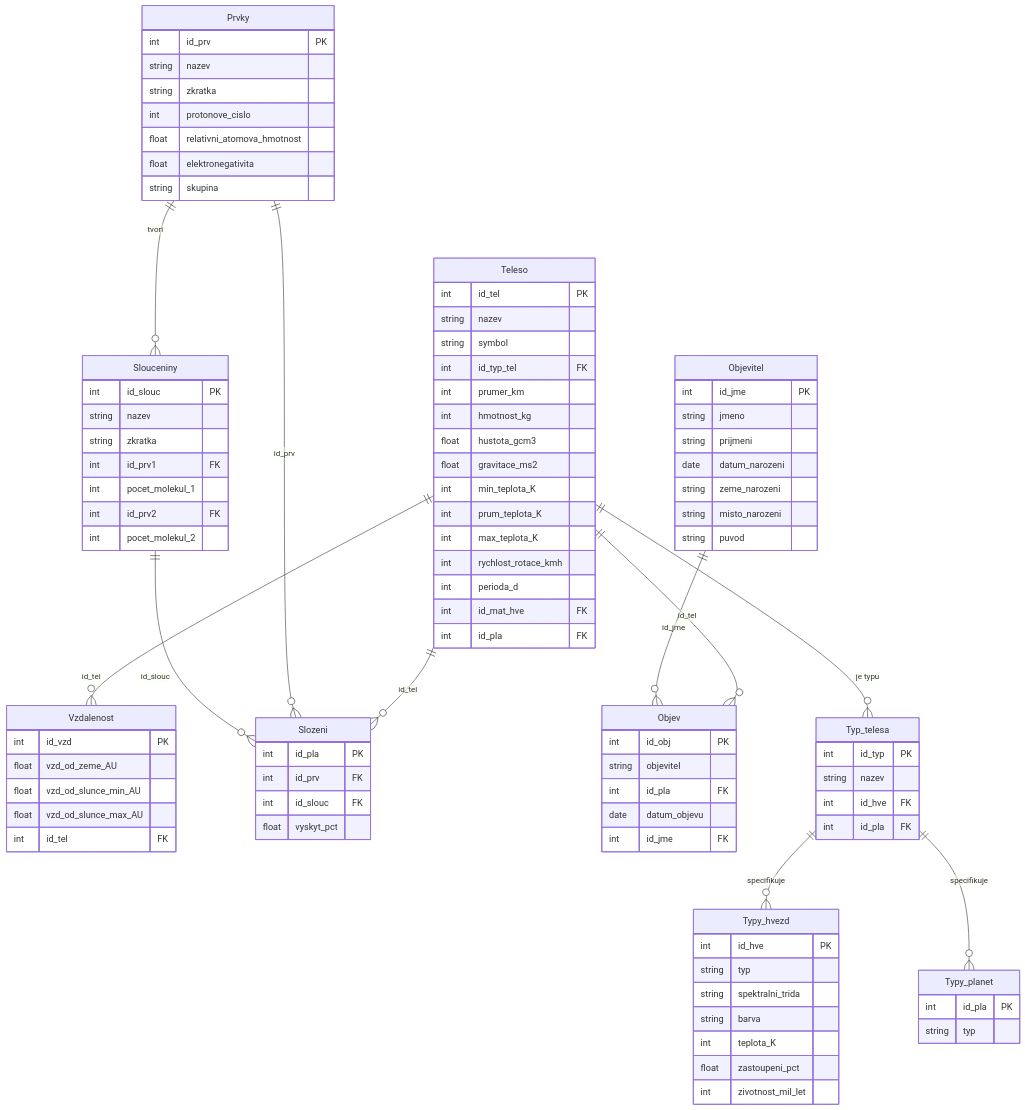
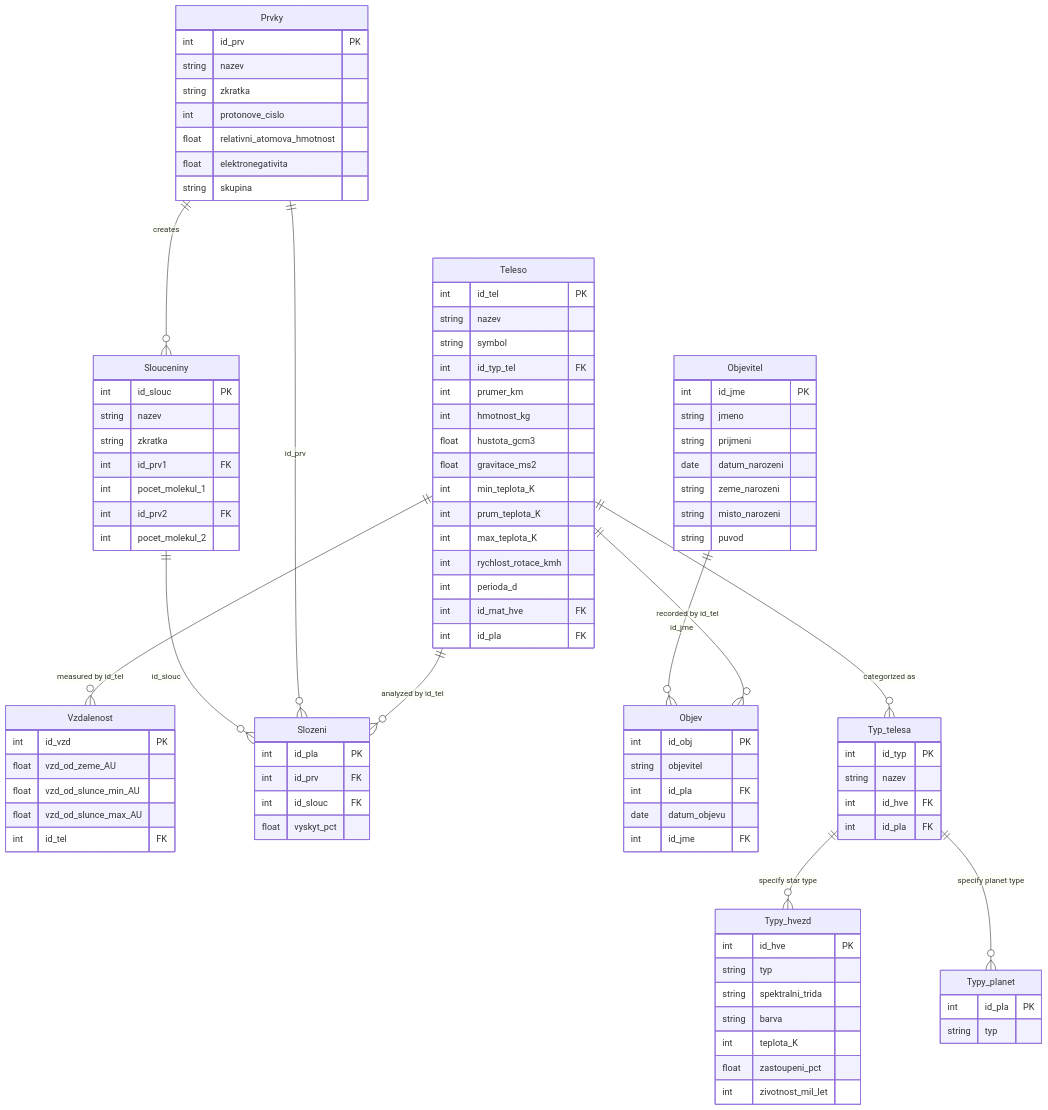
One commit to imang212/Planets_Database changed the diagram in README.md. Above: the diagram before and after it, drawn with Mermaid.

Commit message:
Enhance README with detailed entity relationships

````diff
--- a/README.md
+++ b/README.md
@@ -11,15 +11,26 @@
 ```mermaid
 erDiagram
-    Teleso ||--o{ Vzdalenost : "id_tel"
-    Teleso ||--o{ Slozeni : "id_tel"
-    Teleso ||--o{ Objev : "id_tel"
-    Teleso ||--o{ Typ_telesa : "je typu"
+    %% Core Entities and Relationships
+    %% Telelo (Body) is the central table connected to distances, composition, and discoveries
+    Teleso ||--o{ Vzdalenost : "measured by id_tel"
+    Teleso ||--o{ Slozeni : "analyzed by id_tel"
+    Teleso ||--o{ Objev : "recorded by id_tel"
+    Teleso ||--o{ Typ_telesa : "categorized as"
+    
+    %% Chemical and Physical Composition
+    %% Elements (Prvky) and Compounds (Slouceniny) make up the Composition (Slozeni)
     Prvky ||--o{ Slozeni : "id_prv"
     Slouceniny ||--o{ Slozeni : "id_slouc"
-    Prvky ||--o{ Slouceniny : "tvori"
+    Prvky ||--o{ Slouceniny : "creates"
+
+    %% History and Discovery
+    %% Objevitel (Discoverer) performs the discovery (Objev)
     Objevitel ||--o{ Objev : "id_jme"
-    Typ_telesa ||--o{ Typy_hvezd : "specifikuje"
-    Typ_telesa ||--o{ Typy_planet : "specifikuje"
+
+    %% Body Type Specialization
+    %% Type (Typ_telesa) specifies if it's a Star (Typy_hvezd) or Planet (Typy_planet)
+    Typ_telesa ||--o{ Typy_hvezd : "specify star type"
+    Typ_telesa ||--o{ Typy_planet : "specify planet type"
     Teleso {
         int id_tel PK
         string nazev
@@ -37,6 +48,7 @@
         int id_mat_hve FK
         int id_pla FK
     }
+    %% Distance properties (AU units)
     Vzdalenost {
         int id_vzd PK
         float vzd_od_zeme_AU
@@ -44,12 +56,14 @@
         float vzd_od_slunce_max_AU
         int id_tel FK
     }
+    %% Chemical makeup percentages
     Slozeni {
         int id_pla PK
         int id_prv FK
         int id_slouc FK
         float vyskyt_pct
     }
+    %% Periodic table elements
     Prvky {
         int id_prv PK
         string nazev
@@ -59,6 +73,7 @@
         float elektronegativita
         string skupina
     }
+    %% Chemical compounds
     Slouceniny {
         int id_slouc PK
         string nazev
@@ -68,6 +83,7 @@
         int id_prv2 FK
         int pocet_molekul_2
     }
+    %% Discovery records
     Objev {
         int id_obj PK
         string objevitel
@@ -75,6 +91,7 @@
         date datum_objevu
         int id_jme FK
     }
+    %% Discoverer's personal details
     Objevitel {
         int id_jme PK
         string jmeno
@@ -90,6 +107,7 @@
         int id_hve FK
         int id_pla FK
     }
+    %% Specific star classifications
     Typy_hvezd {
         int id_hve PK
         string typ
@@ -99,6 +117,7 @@
         float zastoupeni_pct
         int zivotnost_mil_let
     }
+    %% Specific planet classifications
     Typy_planet {
         int id_pla PK
         string typ
````
